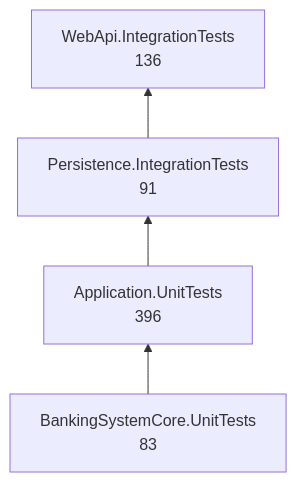
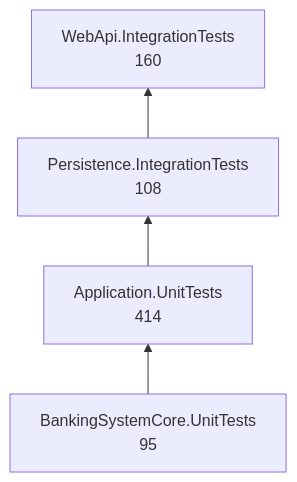
One commit to fatihazir/BankApp changed the seventh of 7 diagrams in README.md. Above: the diagram before and after it, drawn with Mermaid. The commit also changed other lines of this file and 1 other file, not shown here.

````diff
--- a/README.md
+++ b/README.md
@@ -221,6 +250,6 @@
 ```mermaid
 flowchart BT
-    A[BankingSystemCore.UnitTests<br/>83] --> B[Application.UnitTests<br/>396]
-    B --> C[Persistence.IntegrationTests<br/>91]
-    C --> D[WebApi.IntegrationTests<br/>136]
+    A[BankingSystemCore.UnitTests<br/>95] --> B[Application.UnitTests<br/>414]
+    B --> C[Persistence.IntegrationTests<br/>108]
+    C --> D[WebApi.IntegrationTests<br/>160]
 ```
````
